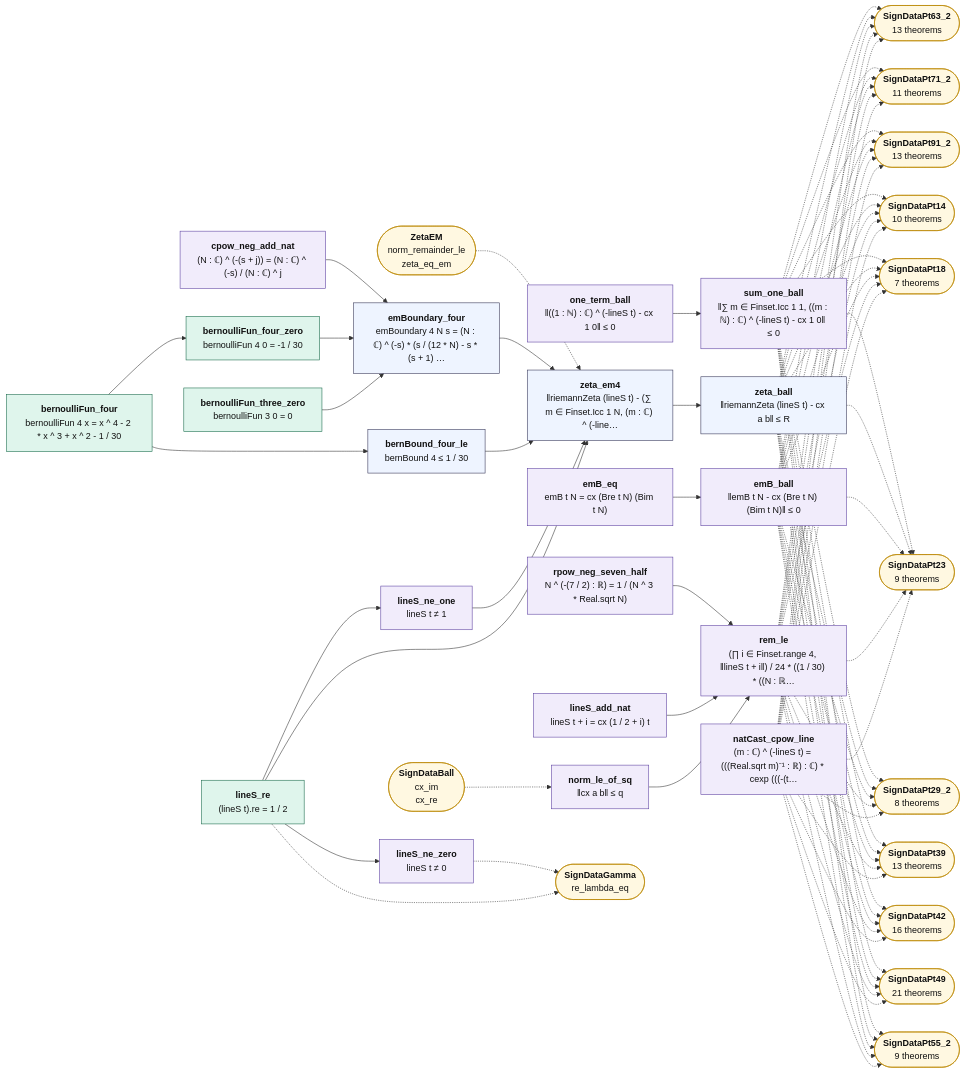
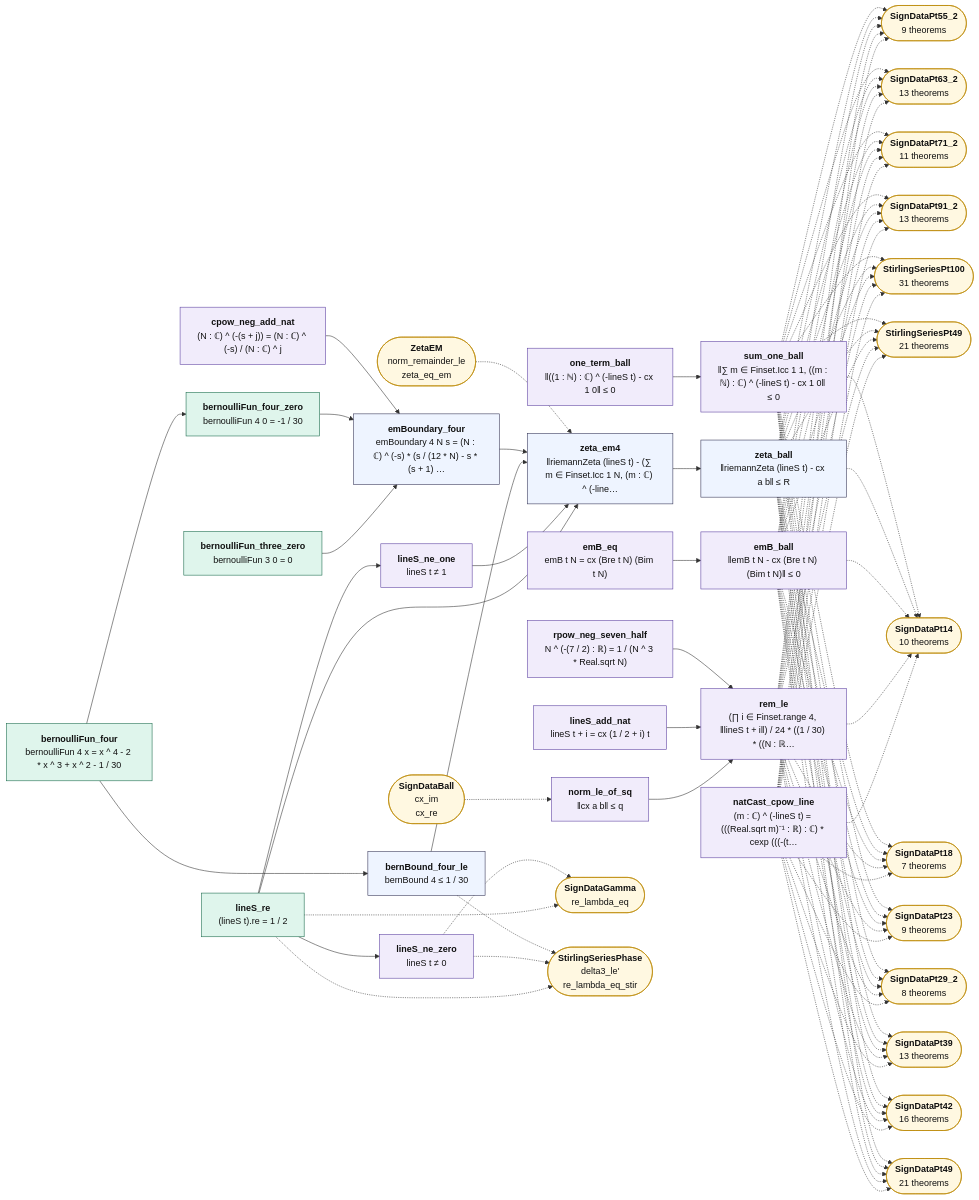
The diagram in map/lean_stage3/SignDataZeta.md (juliansambranojr/Primebeat_081426), drawn with Mermaid before and after one commit. The commit also changed other lines of this file and 63 other files, not shown here.

```diff
--- a/map/lean_stage3/SignDataZeta.md
+++ b/map/lean_stage3/SignDataZeta.md
@@ -34,19 +34,22 @@
   n18["<b>one_term_ball</b><br/>‖((1 : ℕ) : ℂ) ^ (-lineS t) - cx 1 0‖ ≤ 0"]:::shp
   n19["<b>sum_one_ball</b><br/>‖∑ m ∈ Finset.Icc 1 1, ((m : ℕ) : ℂ) ^ (-lineS t) - cx 1 0‖ ≤ 0"]:::shp
   x0(["<b>SignDataGamma</b><br/>re_lambda_eq"]):::ext
-  x1(["<b>ZetaEM</b><br/>norm_remainder_le<br/>zeta_eq_em"]):::ext
-  x2(["<b>SignDataPt14</b><br/>10 theorems"]):::ext
-  x3(["<b>SignDataPt18</b><br/>7 theorems"]):::ext
-  x4(["<b>SignDataPt23</b><br/>9 theorems"]):::ext
-  x5(["<b>SignDataPt29_2</b><br/>8 theorems"]):::ext
-  x6(["<b>SignDataPt39</b><br/>13 theorems"]):::ext
-  x7(["<b>SignDataPt42</b><br/>16 theorems"]):::ext
-  x8(["<b>SignDataPt49</b><br/>21 theorems"]):::ext
-  x9(["<b>SignDataPt55_2</b><br/>9 theorems"]):::ext
-  x10(["<b>SignDataPt63_2</b><br/>13 theorems"]):::ext
-  x11(["<b>SignDataPt71_2</b><br/>11 theorems"]):::ext
-  x12(["<b>SignDataPt91_2</b><br/>13 theorems"]):::ext
-  x13(["<b>SignDataBall</b><br/>cx_im<br/>cx_re"]):::ext
+  x1(["<b>StirlingSeriesPhase</b><br/>delta3_le'<br/>re_lambda_eq_stir"]):::ext
+  x2(["<b>ZetaEM</b><br/>norm_remainder_le<br/>zeta_eq_em"]):::ext
+  x3(["<b>SignDataPt14</b><br/>10 theorems"]):::ext
+  x4(["<b>SignDataPt18</b><br/>7 theorems"]):::ext
+  x5(["<b>SignDataPt23</b><br/>9 theorems"]):::ext
+  x6(["<b>SignDataPt29_2</b><br/>8 theorems"]):::ext
+  x7(["<b>SignDataPt39</b><br/>13 theorems"]):::ext
+  x8(["<b>SignDataPt42</b><br/>16 theorems"]):::ext
+  x9(["<b>SignDataPt49</b><br/>21 theorems"]):::ext
+  x10(["<b>SignDataPt55_2</b><br/>9 theorems"]):::ext
+  x11(["<b>SignDataPt63_2</b><br/>13 theorems"]):::ext
+  x12(["<b>SignDataPt71_2</b><br/>11 theorems"]):::ext
+  x13(["<b>SignDataPt91_2</b><br/>13 theorems"]):::ext
+  x14(["<b>StirlingSeriesPt100</b><br/>31 theorems"]):::ext
+  x15(["<b>StirlingSeriesPt49</b><br/>21 theorems"]):::ext
+  x16(["<b>SignDataBall</b><br/>cx_im<br/>cx_re"]):::ext
   n0 --> n1
   n0 --> n2
   n0 --> n9
@@ -65,11 +68,15 @@
   n8 --> n9
   n9 --> n17
   n0 -.-> x0
+  n0 -.-> x1
   n1 -.-> x0
+  n1 -.-> x1
   n11 -.-> x10
   n11 -.-> x11
   n11 -.-> x12
-  n11 -.-> x2
+  n11 -.-> x13
+  n11 -.-> x14
+  n11 -.-> x15
   n11 -.-> x3
   n11 -.-> x4
   n11 -.-> x5
@@ -80,7 +87,9 @@
   n15 -.-> x10
   n15 -.-> x11
   n15 -.-> x12
-  n15 -.-> x2
+  n15 -.-> x13
+  n15 -.-> x14
+  n15 -.-> x15
   n15 -.-> x3
   n15 -.-> x4
   n15 -.-> x5
@@ -91,7 +100,9 @@
   n16 -.-> x10
   n16 -.-> x11
   n16 -.-> x12
-  n16 -.-> x2
+  n16 -.-> x13
+  n16 -.-> x14
+  n16 -.-> x15
   n16 -.-> x3
   n16 -.-> x4
   n16 -.-> x5
@@ -102,7 +113,9 @@
   n17 -.-> x10
   n17 -.-> x11
   n17 -.-> x12
-  n17 -.-> x2
+  n17 -.-> x13
+  n17 -.-> x14
+  n17 -.-> x15
   n17 -.-> x3
   n17 -.-> x4
   n17 -.-> x5
@@ -113,7 +126,9 @@
   n19 -.-> x10
   n19 -.-> x11
   n19 -.-> x12
-  n19 -.-> x2
+  n19 -.-> x13
+  n19 -.-> x14
+  n19 -.-> x15
   n19 -.-> x3
   n19 -.-> x4
   n19 -.-> x5
@@ -121,8 +136,9 @@
   n19 -.-> x7
   n19 -.-> x8
   n19 -.-> x9
-  x1 -.-> n9
-  x13 -.-> n12
+  n4 -.-> x1
+  x16 -.-> n12
+  x2 -.-> n9
   classDef cnt fill:#dff5ec,stroke:#17694a,color:#111
   classDef shp fill:#f1ecfb,stroke:#5b3fa0,color:#111
   classDef rh fill:#ffe5e5,stroke:#c22,color:#111,stroke-width:2px
```
